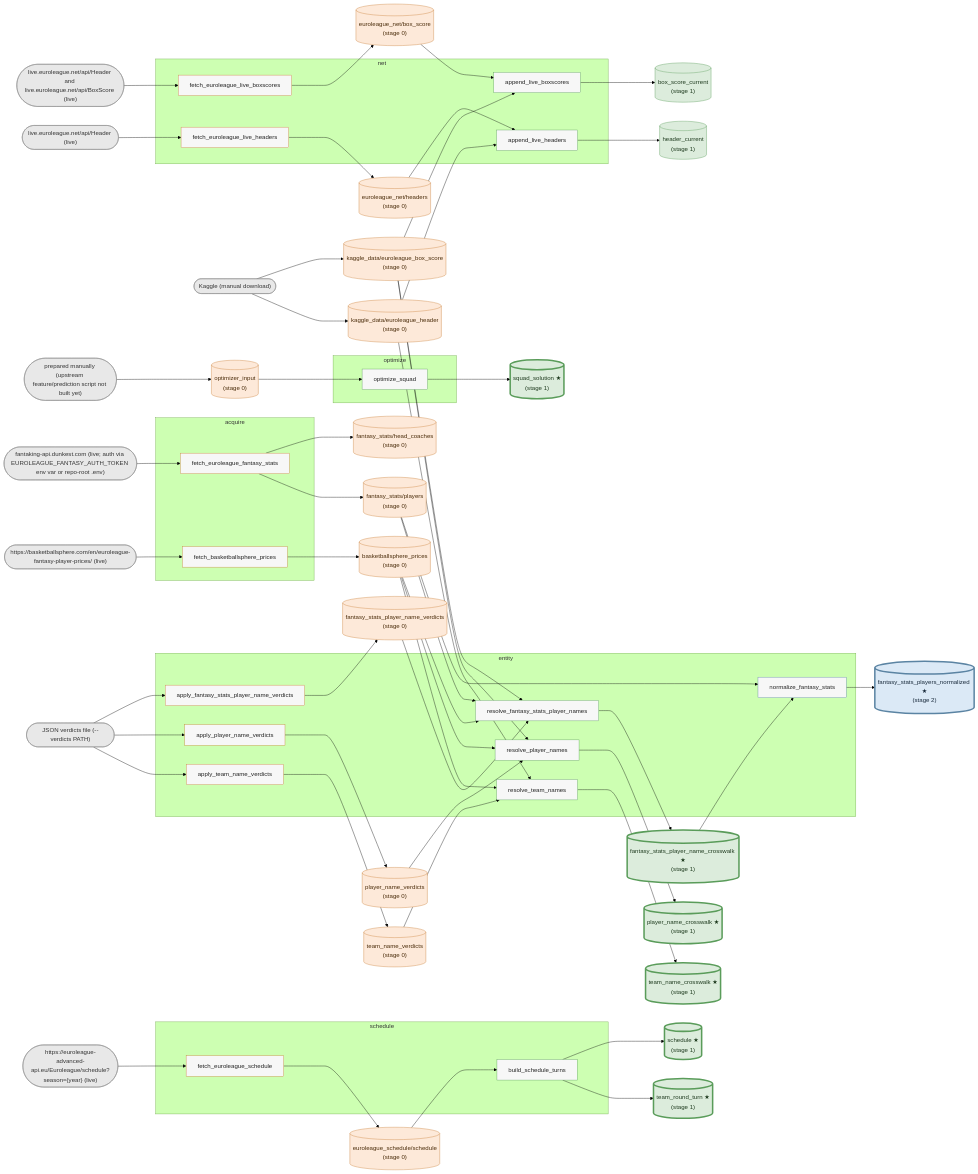
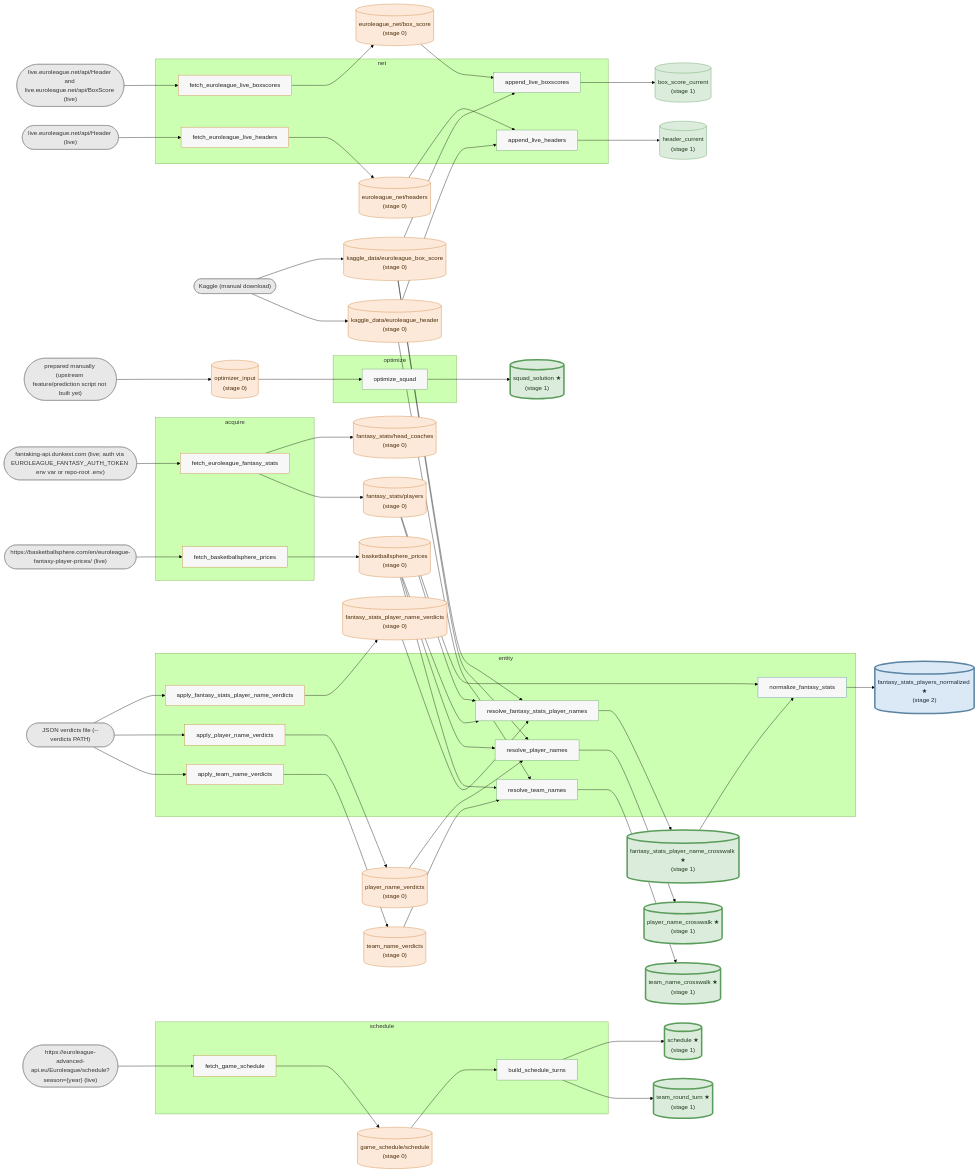
Before and after one commit to Takfes/indie-euroleague: the diagram in docs/data-graph.md, drawn with Mermaid (forest theme). The commit also changed 25 other files, not shown here.

First line of the commit message:
chore(data): rename euroleague_schedule raw source to game_schedule

```diff
--- a/docs/data-graph.md
+++ b/docs/data-graph.md
@@ -41,17 +41,17 @@
     end
     subgraph p_schedule["schedule"]
         s_build_schedule_turns["build_schedule_turns"]
-        s_fetch_euroleague_schedule["fetch_euroleague_schedule"]
+        s_fetch_game_schedule["fetch_game_schedule"]
     end
 
     %% datasets
     d_basketballsphere_prices[("basketballsphere_prices<br/>(stage 0)")]
     d_euroleague_net_box_score[("euroleague_net/box_score<br/>(stage 0)")]
     d_euroleague_net_headers[("euroleague_net/headers<br/>(stage 0)")]
-    d_euroleague_schedule_schedule[("euroleague_schedule/schedule<br/>(stage 0)")]
     d_fantasy_stats_head_coaches[("fantasy_stats/head_coaches<br/>(stage 0)")]
     d_fantasy_stats_players[("fantasy_stats/players<br/>(stage 0)")]
     d_fantasy_stats_player_name_verdicts[("fantasy_stats_player_name_verdicts<br/>(stage 0)")]
+    d_game_schedule_schedule[("game_schedule/schedule<br/>(stage 0)")]
     d_kaggle_data_euroleague_box_score[("kaggle_data/euroleague_box_score<br/>(stage 0)")]
     d_kaggle_data_euroleague_header[("kaggle_data/euroleague_header<br/>(stage 0)")]
     d_optimizer_input[("optimizer_input<br/>(stage 0)")]
@@ -73,11 +73,11 @@
     d_basketballsphere_prices --> s_resolve_team_names
     d_euroleague_net_box_score --> s_append_live_boxscores
     d_euroleague_net_headers --> s_append_live_headers
-    d_euroleague_schedule_schedule --> s_build_schedule_turns
     d_fantasy_stats_player_name_crosswalk --> s_normalize_fantasy_stats
     d_fantasy_stats_player_name_verdicts --> s_resolve_fantasy_stats_player_names
     d_fantasy_stats_players --> s_normalize_fantasy_stats
     d_fantasy_stats_players --> s_resolve_fantasy_stats_player_names
+    d_game_schedule_schedule --> s_build_schedule_turns
     d_kaggle_data_euroleague_box_score --> s_append_live_boxscores
     d_kaggle_data_euroleague_box_score --> s_resolve_fantasy_stats_player_names
     d_kaggle_data_euroleague_box_score --> s_resolve_player_names
@@ -98,7 +98,7 @@
     s_fetch_euroleague_fantasy_stats --> d_fantasy_stats_players
     s_fetch_euroleague_live_boxscores --> d_euroleague_net_box_score
     s_fetch_euroleague_live_headers --> d_euroleague_net_headers
-    s_fetch_euroleague_schedule --> d_euroleague_schedule_schedule
+    s_fetch_game_schedule --> d_game_schedule_schedule
     s_normalize_fantasy_stats --> d_fantasy_stats_players_normalized
     s_optimize_squad --> d_squad_solution
     s_resolve_fantasy_stats_player_names --> d_fantasy_stats_player_name_crosswalk
@@ -111,7 +111,7 @@
     x_Kaggle__manual_download_ --> d_kaggle_data_euroleague_header
     x_fantaking_api_dunkest_com__live__auth_via_EUROLEAGUE_FANTASY_AUTH_TOKEN_env_var_or_repo_root__env_ --> s_fetch_euroleague_fantasy_stats
     x_https___basketballsphere_com_en_euroleague_fantasy_player_prices___live_ --> s_fetch_basketballsphere_prices
-    x_https___euroleague_advanced_api_eu_Euroleague_schedule_season__year___live_ --> s_fetch_euroleague_schedule
+    x_https___euroleague_advanced_api_eu_Euroleague_schedule_season__year___live_ --> s_fetch_game_schedule
     x_live_euroleague_net_api_Header__live_ --> s_fetch_euroleague_live_headers
     x_live_euroleague_net_api_Header_and_live_euroleague_net_api_BoxScore__live_ --> s_fetch_euroleague_live_boxscores
     x_prepared_manually__upstream_feature_prediction_script_not_built_yet_ --> d_optimizer_input
@@ -125,11 +125,11 @@
     classDef stage1 fill:#dcecdc,stroke:#5a9c5a,color:#1e3a1e
     classDef stage1_final fill:#dcecdc,stroke:#5a9c5a,color:#1e3a1e,stroke-width:4px
     classDef stage2_final fill:#dbe9f6,stroke:#5b84a3,color:#1a2b3c,stroke-width:4px
-    class s_apply_fantasy_stats_player_name_verdicts,s_apply_player_name_verdicts,s_apply_team_name_verdicts,s_fetch_basketballsphere_prices,s_fetch_euroleague_fantasy_stats,s_fetch_euroleague_live_boxscores,s_fetch_euroleague_live_headers,s_fetch_euroleague_schedule script_stage0
+    class s_apply_fantasy_stats_player_name_verdicts,s_apply_player_name_verdicts,s_apply_team_name_verdicts,s_fetch_basketballsphere_prices,s_fetch_euroleague_fantasy_stats,s_fetch_euroleague_live_boxscores,s_fetch_euroleague_live_headers,s_fetch_game_schedule script_stage0
     class s_append_live_boxscores,s_append_live_headers,s_build_schedule_turns,s_optimize_squad,s_resolve_fantasy_stats_player_names,s_resolve_player_names,s_resolve_team_names script_stage1
     class s_normalize_fantasy_stats script_stage2
     class x_JSON_verdicts_file____verdicts_PATH_,x_Kaggle__manual_download_,x_fantaking_api_dunkest_com__live__auth_via_EUROLEAGUE_FANTASY_AUTH_TOKEN_env_var_or_repo_root__env_,x_https___basketballsphere_com_en_euroleague_fantasy_player_prices___live_,x_https___euroleague_advanced_api_eu_Euroleague_schedule_season__year___live_,x_live_euroleague_net_api_Header__live_,x_live_euroleague_net_api_Header_and_live_euroleague_net_api_BoxScore__live_,x_prepared_manually__upstream_feature_prediction_script_not_built_yet_ source
-    class d_basketballsphere_prices,d_euroleague_net_box_score,d_euroleague_net_headers,d_euroleague_schedule_schedule,d_fantasy_stats_head_coaches,d_fantasy_stats_player_name_verdicts,d_fantasy_stats_players,d_kaggle_data_euroleague_box_score,d_kaggle_data_euroleague_header,d_optimizer_input,d_player_name_verdicts,d_team_name_verdicts stage0
+    class d_basketballsphere_prices,d_euroleague_net_box_score,d_euroleague_net_headers,d_fantasy_stats_head_coaches,d_fantasy_stats_player_name_verdicts,d_fantasy_stats_players,d_game_schedule_schedule,d_kaggle_data_euroleague_box_score,d_kaggle_data_euroleague_header,d_optimizer_input,d_player_name_verdicts,d_team_name_verdicts stage0
     class d_box_score_current,d_header_current stage1
     class d_fantasy_stats_player_name_crosswalk,d_player_name_crosswalk,d_schedule,d_squad_solution,d_team_name_crosswalk,d_team_round_turn stage1_final
     class d_fantasy_stats_players_normalized stage2_final
```
